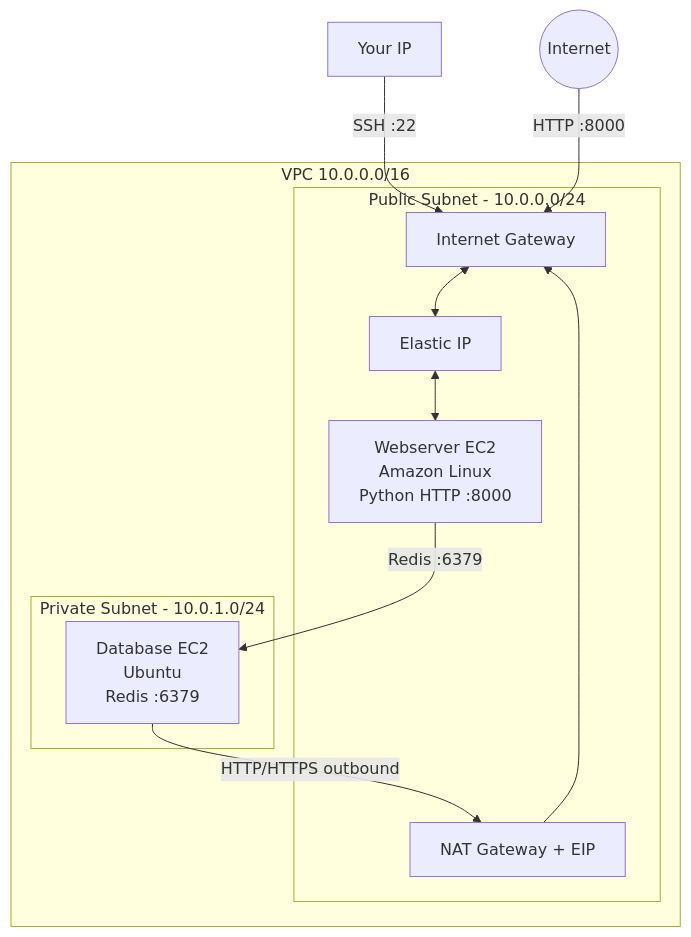
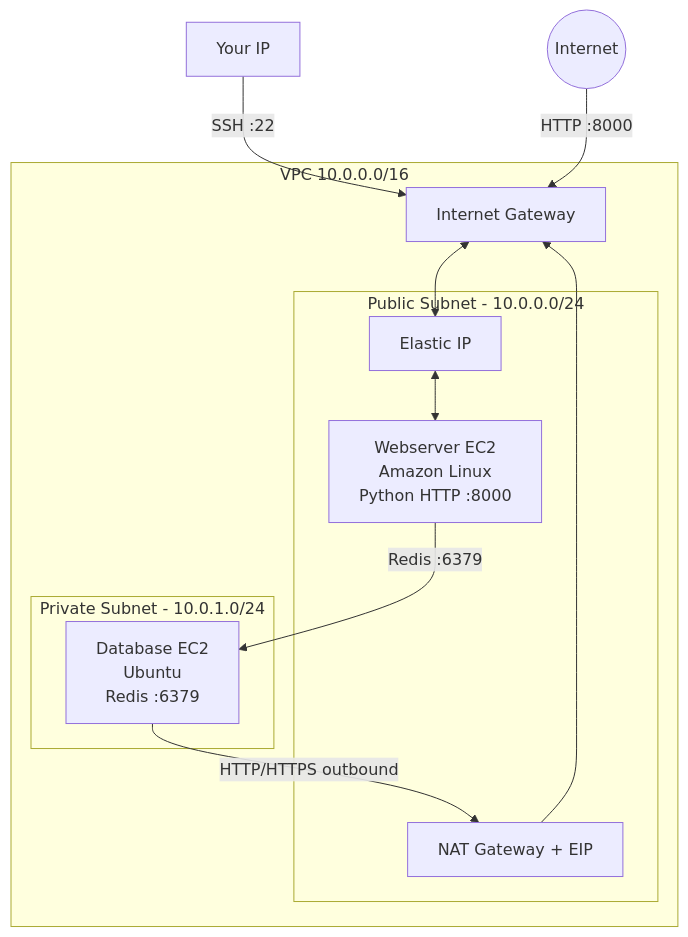
The first of 3 diagrams in source/richardpct.github.io/content/post/aws-tuto-04.md (richardpct/hugo-richardpct.github.io), drawn with Mermaid before and after one commit.

Commit message:
update tuto 04

````diff
--- a/source/richardpct.github.io/content/post/aws-tuto-04.md
+++ b/source/richardpct.github.io/content/post/aws-tuto-04.md
@@ -32,26 +32,27 @@
 ```mermaid
 graph TB
     Internet((Internet))
     You[Your IP]
 
     subgraph VPC[VPC 10.0.0.0/16]
+        IGW[Internet Gateway]
+
         subgraph Public[Public Subnet - 10.0.0.0/24]
-            IGW[Internet Gateway]
             NAT[NAT Gateway + EIP]
             WEB["Webserver EC2<br/>Amazon Linux<br/>Python HTTP :8000"]
             WEBEIP[Elastic IP]
         end
 
         subgraph Private[Private Subnet - 10.0.1.0/24]
             DB["Database EC2<br/>Ubuntu<br/>Redis :6379"]
         end
     end
 
     You -- "SSH :22" --> IGW
     Internet -- "HTTP :8000" --> IGW
     IGW <--> WEBEIP
     WEBEIP <--> WEB
     WEB -- "Redis :6379" --> DB
     DB -- "HTTP/HTTPS outbound" --> NAT
     NAT --> IGW
 ```
````
